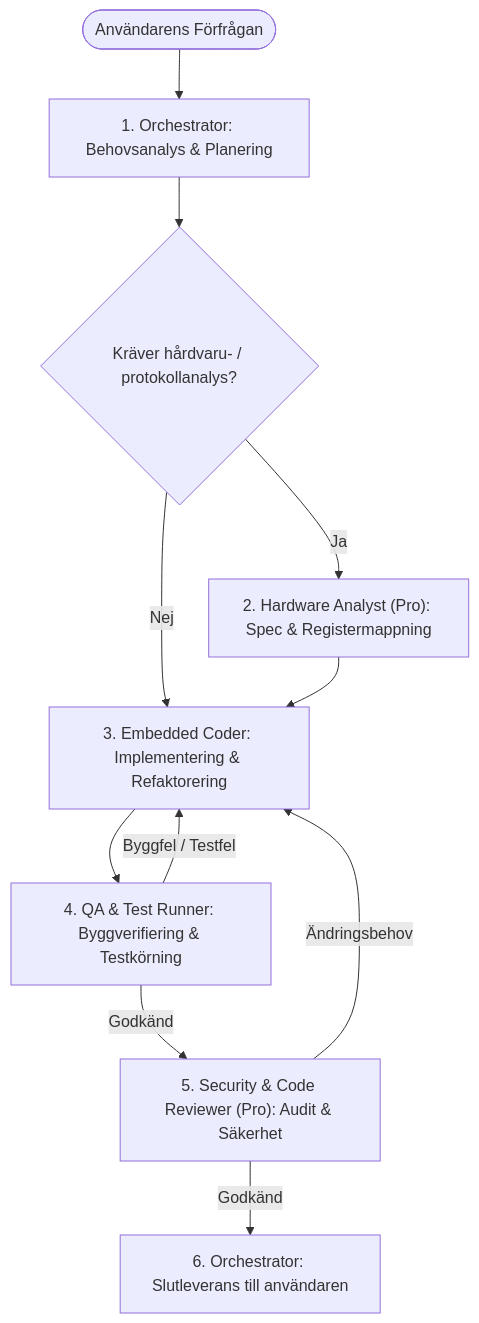
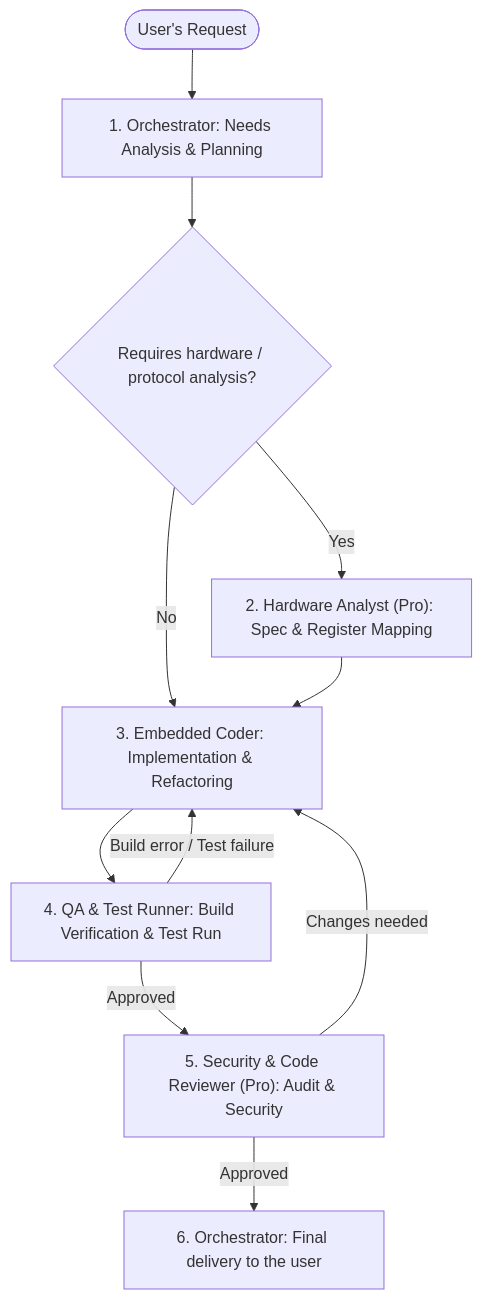
Before and after one commit to BonBear/open-verisure: the diagram in AGENTS.md, drawn with Mermaid. The commit also changed other lines of this file and 29 other files, not shown here.

````diff
--- a/AGENTS.md
+++ b/AGENTS.md
@@ -25,13 +25,13 @@
 ```mermaid
 flowchart TD
-    User(["Användarens Förfrågan"]) --> Step1["1. Orchestrator: Behovsanalys & Planering"]
-    Step1 --> Step2{"Kräver hårdvaru- / protokollanalys?"}
-    Step2 -- Ja --> Step3["2. Hardware Analyst (Pro): Spec & Registermappning"]
-    Step2 -- Nej --> Step4["3. Embedded Coder: Implementering & Refaktorering"]
+    User(["User's Request"]) --> Step1["1. Orchestrator: Needs Analysis & Planning"]
+    Step1 --> Step2{"Requires hardware / protocol analysis?"}
+    Step2 -- Yes --> Step3["2. Hardware Analyst (Pro): Spec & Register Mapping"]
+    Step2 -- No --> Step4["3. Embedded Coder: Implementation & Refactoring"]
     Step3 --> Step4
-    Step4 --> Step5["4. QA & Test Runner: Byggverifiering & Testkörning"]
-    Step5 -- Byggfel / Testfel --> Step4
-    Step5 -- Godkänd --> Step6["5. Security & Code Reviewer (Pro): Audit & Säkerhet"]
-    Step6 -- Ändringsbehov --> Step4
-    Step6 -- Godkänd --> Step7["6. Orchestrator: Slutleverans till användaren"]
+    Step4 --> Step5["4. QA & Test Runner: Build Verification & Test Run"]
+    Step5 -- Build error / Test failure --> Step4
+    Step5 -- Approved --> Step6["5. Security & Code Reviewer (Pro): Audit & Security"]
+    Step6 -- Changes needed --> Step4
+    Step6 -- Approved --> Step7["6. Orchestrator: Final delivery to the user"]
 ```
````
